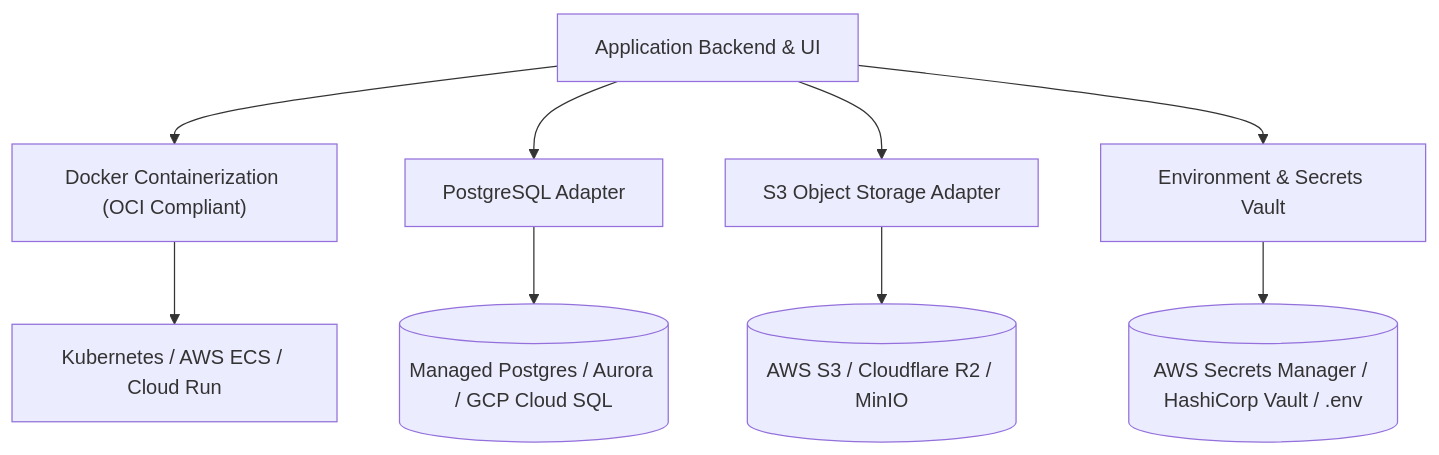
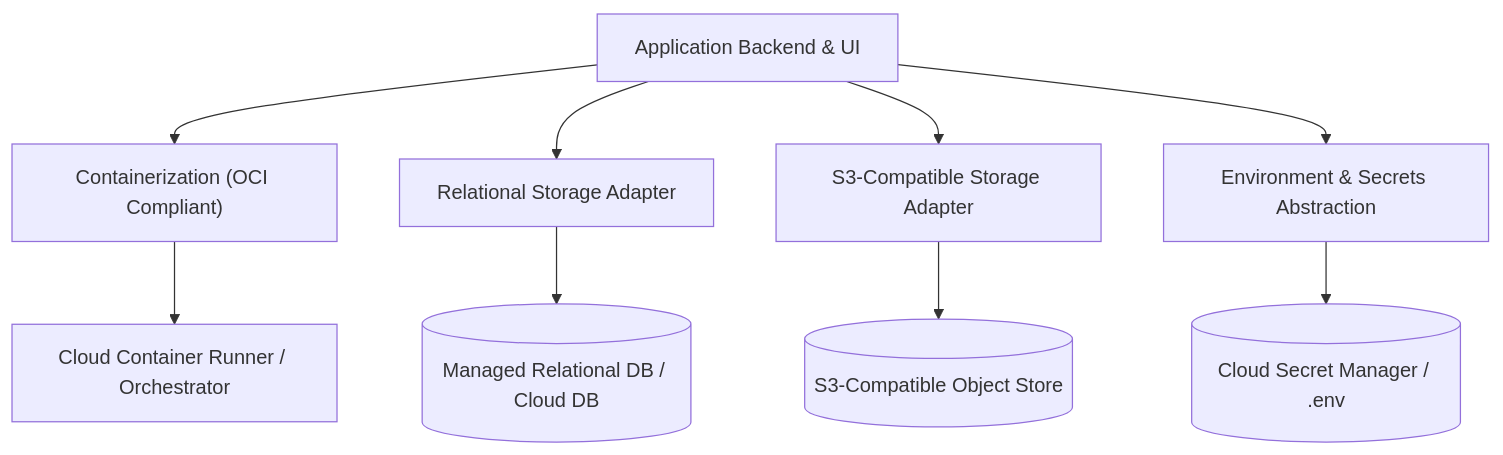
The diagram in project-docs/20_ARCHITECTURE/PORTABILITY_AND_MIGRATION.md (rebootob/Orbis-Video-Studio-AI), drawn with Mermaid before and after one commit. The commit also changed other lines of this file and 30 other files, not shown here.

````diff
--- a/project-docs/20_ARCHITECTURE/PORTABILITY_AND_MIGRATION.md
+++ b/project-docs/20_ARCHITECTURE/PORTABILITY_AND_MIGRATION.md
@@ -11,13 +11,13 @@
 ```mermaid
 graph TD
-    AppCode["Application Backend & UI"] --> Docker["Docker Containerization (OCI Compliant)"]
-    Docker --> Orchestrator["Kubernetes / AWS ECS / Cloud Run"]
+    AppCode["Application Backend & UI"] --> Docker["Containerization (OCI Compliant)"]
+    Docker --> Orchestrator["Cloud Container Runner / Orchestrator"]
     
-    AppCode --> DBAbstraction["PostgreSQL Adapter"]
-    AppCode --> StorageAbstraction["S3 Object Storage Adapter"]
-    AppCode --> SecretAbstraction["Environment & Secrets Vault"]
+    AppCode --> DBAbstraction["Relational Storage Adapter"]
+    AppCode --> StorageAbstraction["S3-Compatible Storage Adapter"]
+    AppCode --> SecretAbstraction["Environment & Secrets Abstraction"]
     
-    DBAbstraction --> RDS[(Managed Postgres / Aurora / GCP Cloud SQL)]
-    StorageAbstraction --> CloudS3[(AWS S3 / Cloudflare R2 / MinIO)]
-    SecretAbstraction --> Vault[(AWS Secrets Manager / HashiCorp Vault / .env)]
+    DBAbstraction --> RDS[(Managed Relational DB / Cloud DB)]
+    StorageAbstraction --> CloudS3[(S3-Compatible Object Store)]
+    SecretAbstraction --> Vault[(Cloud Secret Manager / .env)]
 ```
````
